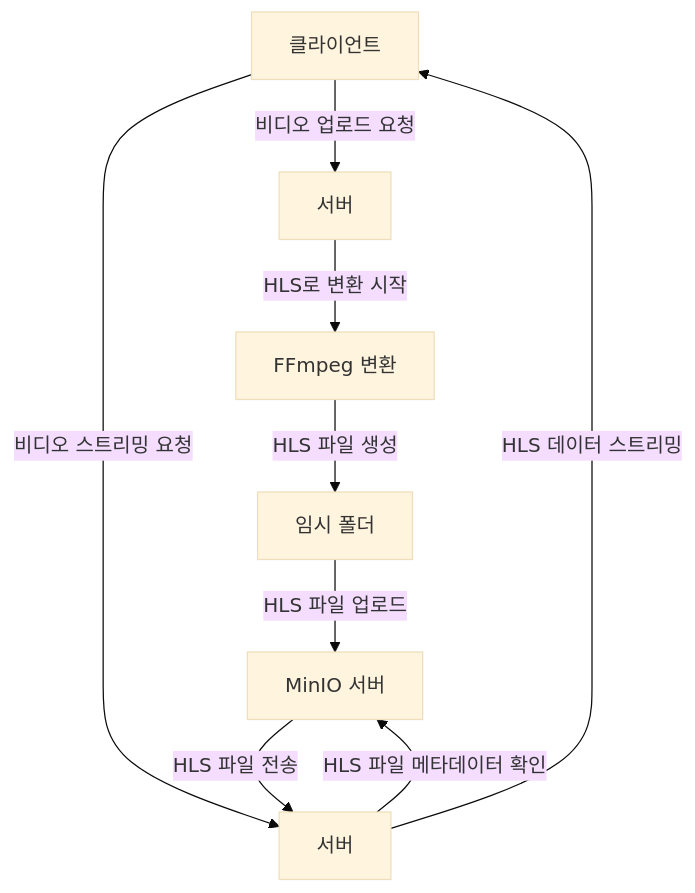
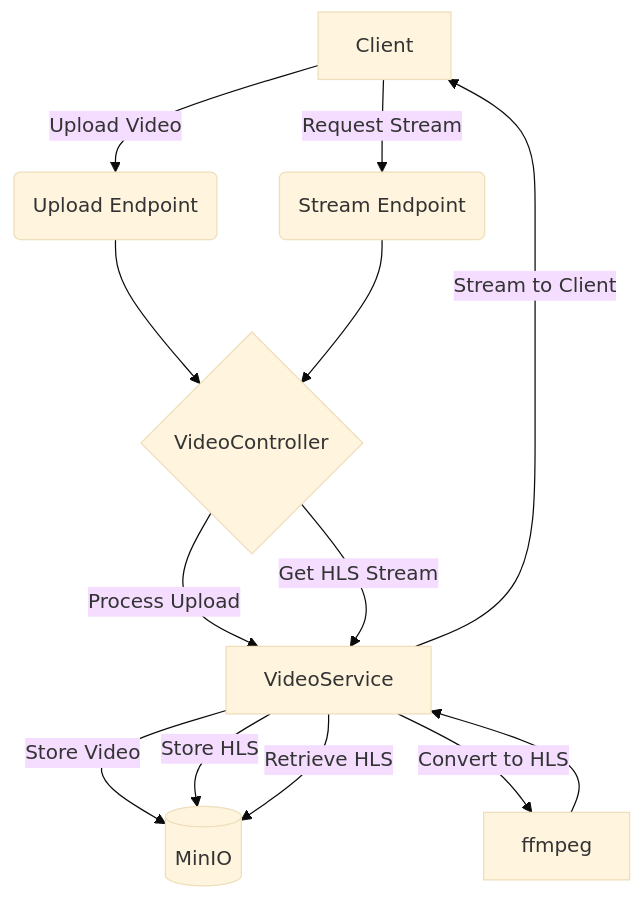
Before and after one commit to waylake/video-streaming-server: the diagram in README.md, drawn with Mermaid (base theme).

````diff
--- a/README.md
+++ b/README.md
@@ -7,12 +7,15 @@
 ```mermaid
-graph TD;
-A[클라이언트] -->|비디오 업로드 요청| B[서버]
-B --> |HLS로 변환 시작| F[FFmpeg 변환]
-F --> |HLS 파일 생성| G[임시 폴더]
-G --> |HLS 파일 업로드| C[MinIO 서버]
-A -->|비디오 스트리밍 요청| D[서버]
-D -->|HLS 파일 메타데이터 확인| C
-C --> |HLS 파일 전송| D
-D --> |HLS 데이터 스트리밍| A
-
+graph TD
+    A[Client] -->|Upload Video| B(Upload Endpoint)
+    B --> C{VideoController}
+    C -->|Process Upload| D[VideoService]
+    D -->|Store Video| E[(MinIO)]
+    D -->|Convert to HLS| F[ffmpeg]
+    F --> D
+    D -->|Store HLS| E
+    A -->|Request Stream| G(Stream Endpoint)
+    G --> C
+    C -->|Get HLS Stream| D
+    D -->|Retrieve HLS| E
+    D -->|Stream to Client| A
 ```
````
